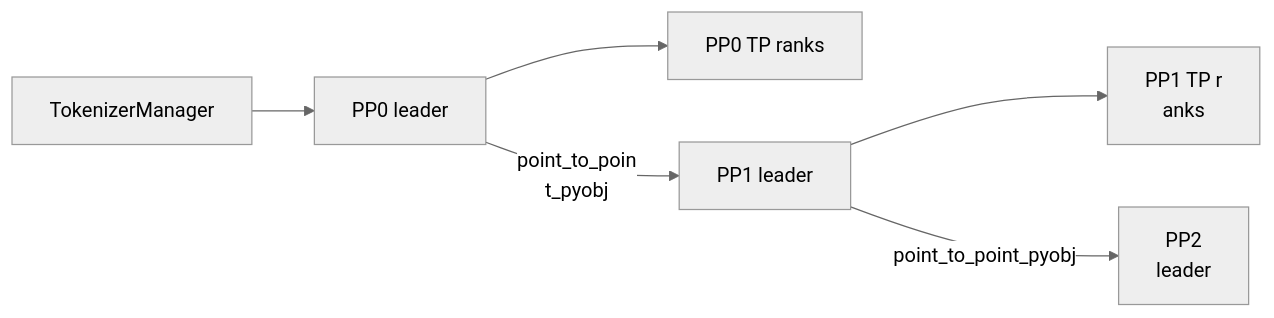
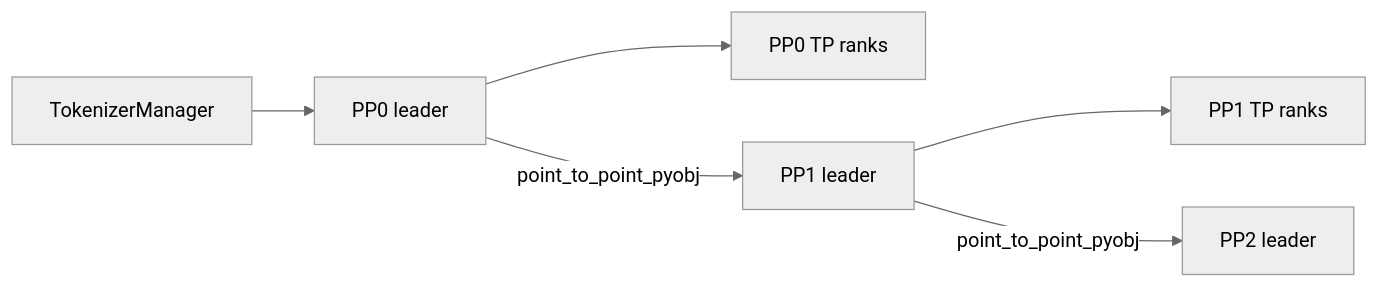
One commit to cl-vv-h/AI_Infra_Tutor_Page changed the ninth of 32 diagrams in src/data/sglang-content/sglang-source-reading/06-multiprocess-distributed.md. Above: the diagram before and after it, drawn with Mermaid (neutral theme). The commit also changed other lines of this file and 25 other files, not shown here.

Commit message:
Fix markdown rendering with react-markdown, add SGLang knowledge graph

````diff
--- a/src/data/sglang-content/sglang-source-reading/06-multiprocess-distributed.md
+++ b/src/data/sglang-content/sglang-source-reading/06-multiprocess-distributed.md
@@ -556,13 +294,8 @@
 ```mermaid
 flowchart LR
-  
-A["TokenizerManager"] --> B["PP0 leader"]
-  B
- --> C["PP0 TP ranks"]
-  B -->|"point_to_poin
-t_pyobj"| D["PP1 leader"]
-  D --> E["PP1 TP r
-anks"]
-  D -->|"point_to_point_pyobj"| F["PP2
- leader"]
+  A["TokenizerManager"] --> B["PP0 leader"]
+  B --> C["PP0 TP ranks"]
+  B -->|"point_to_point_pyobj"| D["PP1 leader"]
+  D --> E["PP1 TP ranks"]
+  D -->|"point_to_point_pyobj"| F["PP2 leader"]
 ```
````
